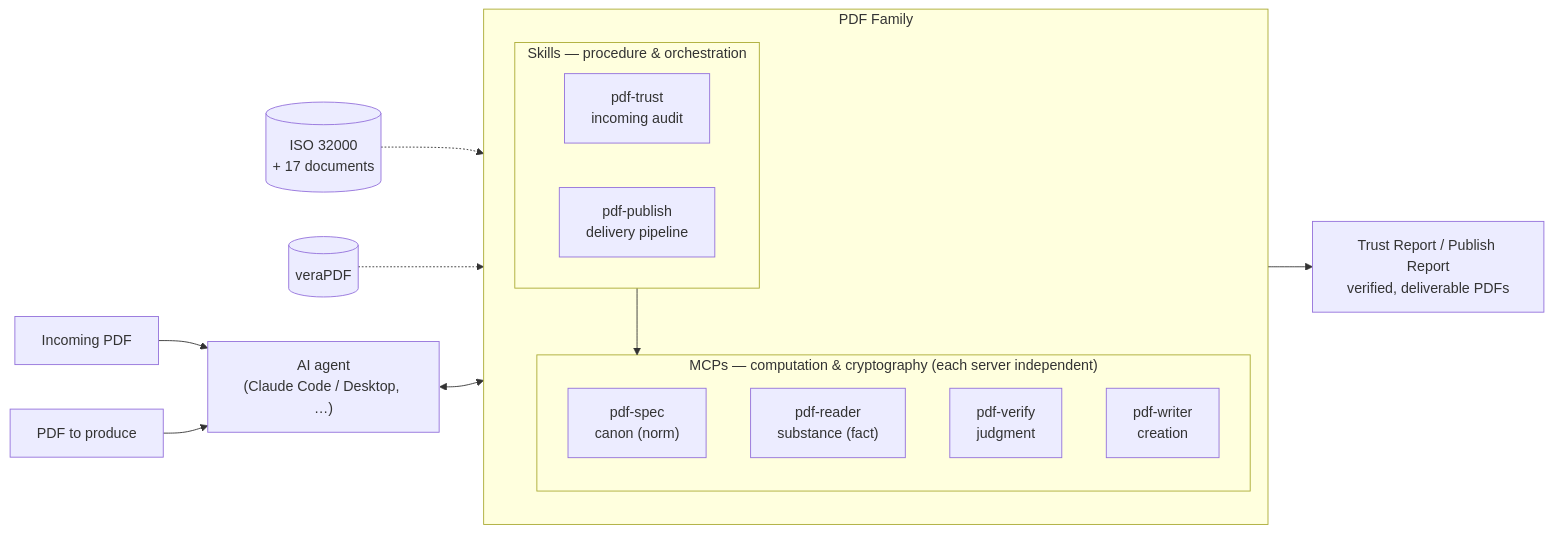
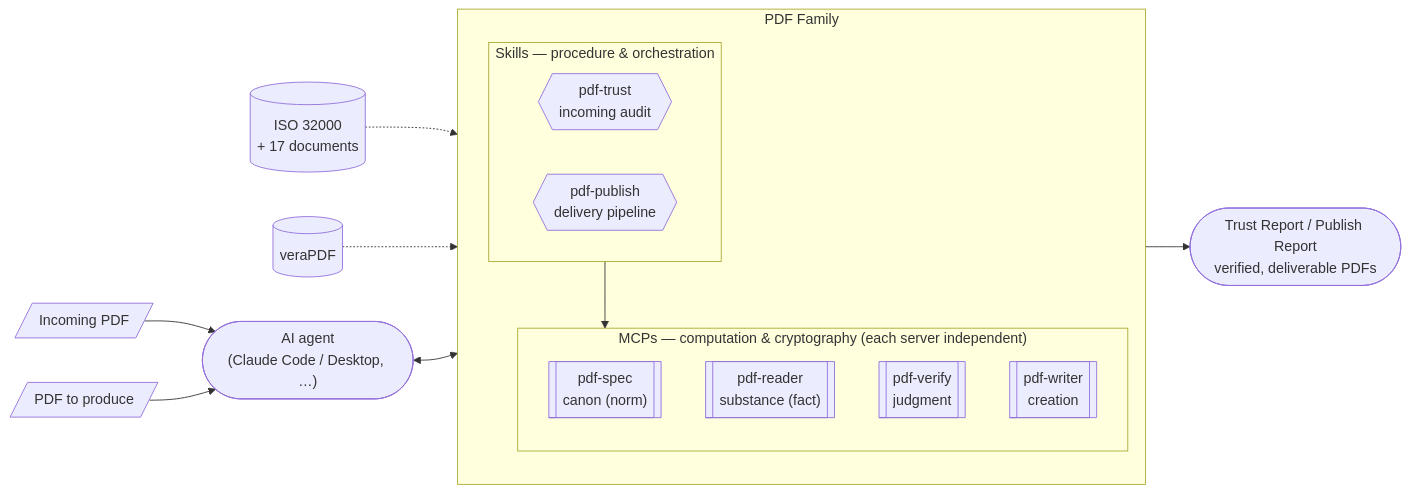
One commit to shuji-bonji/pdf-agent-stack changed the first of 2 diagrams in site/docs/guide/architecture.md. Above: the diagram before and after it, drawn with Mermaid. The commit also changed other lines of this file and 10 other files, not shown here.

Commit message:
fix: Mermaid図を改良

````diff
--- a/site/docs/guide/architecture.md
+++ b/site/docs/guide/architecture.md
@@ -11,27 +11,27 @@
 ```mermaid
 graph LR
-  AGENT["AI agent<br>(Claude Code / Desktop, …)"]
+  AGENT(["AI agent<br>(Claude Code / Desktop, …)"])
 
   subgraph FAMILY["PDF Family"]
     direction TB
     subgraph SKILL["Skills — procedure & orchestration"]
-      TRUST["pdf-trust<br>incoming audit"]
-      PUBLISH["pdf-publish<br>delivery pipeline"]
+      TRUST{{"pdf-trust<br>incoming audit"}}
+      PUBLISH{{"pdf-publish<br>delivery pipeline"}}
     end
     subgraph MCP["MCPs — computation & cryptography (each server independent)"]
-      SPEC["pdf-spec<br>canon (norm)"]
-      READER["pdf-reader<br>substance (fact)"]
-      VERIFY["pdf-verify<br>judgment"]
-      WRITER["pdf-writer<br>creation"]
+      SPEC[["pdf-spec<br>canon (norm)"]]
+      READER[["pdf-reader<br>substance (fact)"]]
+      VERIFY[["pdf-verify<br>judgment"]]
+      WRITER[["pdf-writer<br>creation"]]
     end
     SKILL --> MCP
   end
 
-  IN["Incoming PDF"] --> AGENT
-  NEED["PDF to produce"] --> AGENT
+  IN[/"Incoming PDF"/] --> AGENT
+  NEED[/"PDF to produce"/] --> AGENT
   AGENT <--> FAMILY
-  FAMILY --> OUT["Trust Report / Publish Report<br>verified, deliverable PDFs"]
+  FAMILY --> OUT(["Trust Report / Publish Report<br>verified, deliverable PDFs"])
 
   SPECDOC[("ISO 32000<br>+ 17 documents")] -.-> SPEC
   VERA[("veraPDF")] -.-> VERIFY
 ```
````
